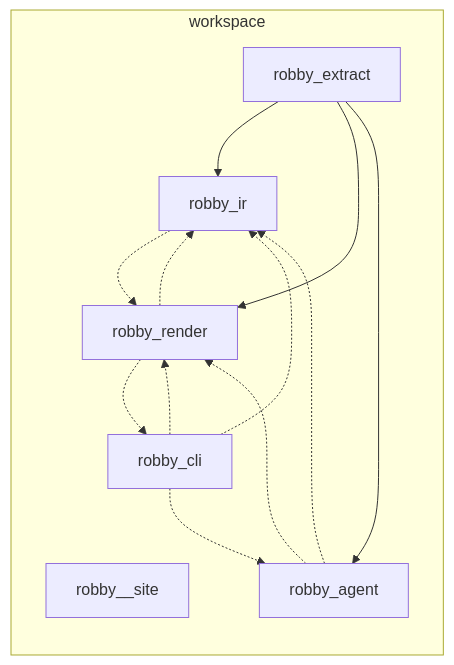
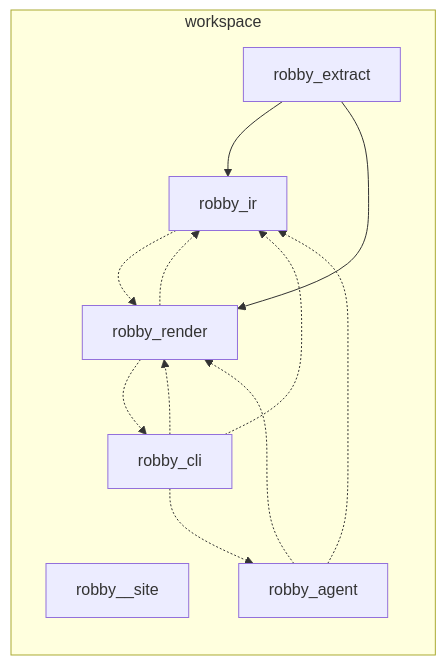
Before and after one commit to RyanGuild/self-describing-code: the first of 2 diagrams in docs/self-model/README.md, drawn with Mermaid. The commit also changed other lines of this file and 747 other files, not shown here.

````diff
--- a/docs/self-model/README.md
+++ b/docs/self-model/README.md
@@ -79,23 +80,22 @@
 ```mermaid
 flowchart TB
     subgraph n_b21644687b040c6e["workspace"]
         direction TB
         n_fc79e481bc8492ed["robby__site"]
         n_f3e9f97d91a4f4af["robby_agent"]
         n_a331a60ee1568354["robby_cli"]
         n_ea78dce2fbcbf64f["robby_extract"]
         n_356bf2c23da68961["robby_ir"]
         n_9c636b098ca4450e["robby_render"]
     end
     n_356bf2c23da68961 -.-> n_9c636b098ca4450e
     n_9c636b098ca4450e -.-> n_356bf2c23da68961
     n_9c636b098ca4450e -.-> n_a331a60ee1568354
     n_a331a60ee1568354 -.-> n_356bf2c23da68961
     n_a331a60ee1568354 -.-> n_9c636b098ca4450e
     n_a331a60ee1568354 -.-> n_f3e9f97d91a4f4af
     n_ea78dce2fbcbf64f --> n_356bf2c23da68961
     n_ea78dce2fbcbf64f --> n_9c636b098ca4450e
-    n_ea78dce2fbcbf64f --> n_f3e9f97d91a4f4af
     n_f3e9f97d91a4f4af -.-> n_356bf2c23da68961
     n_f3e9f97d91a4f4af -.-> n_9c636b098ca4450e
 ```
````
